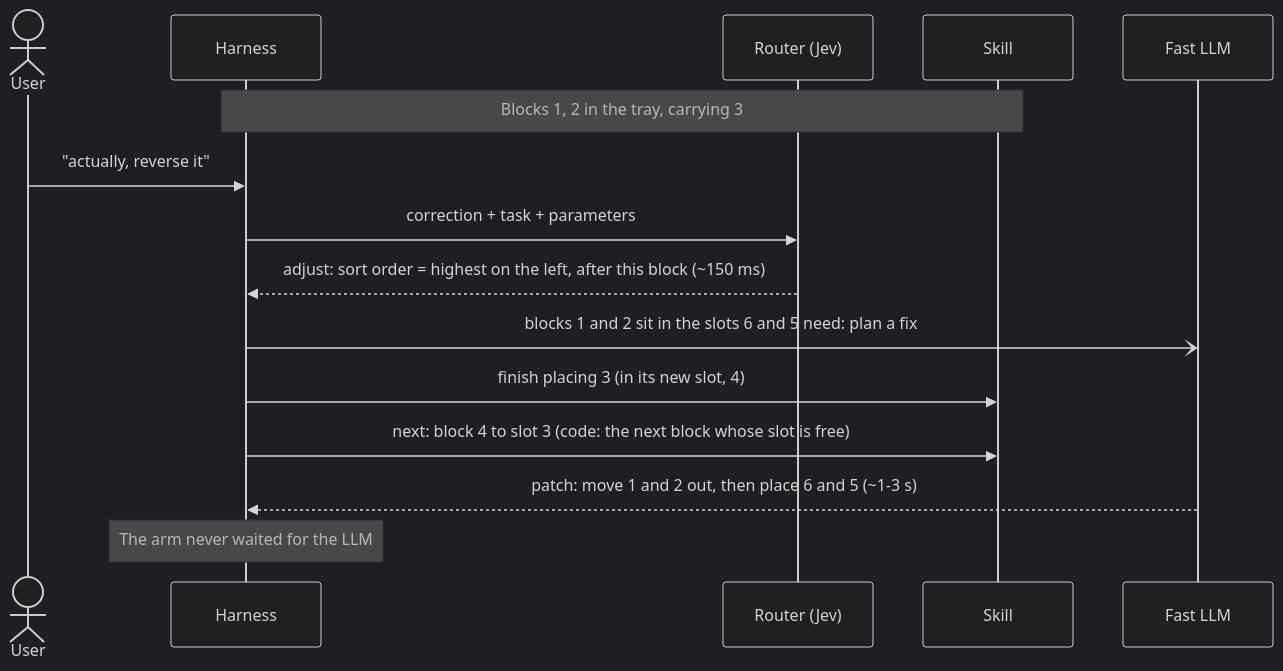
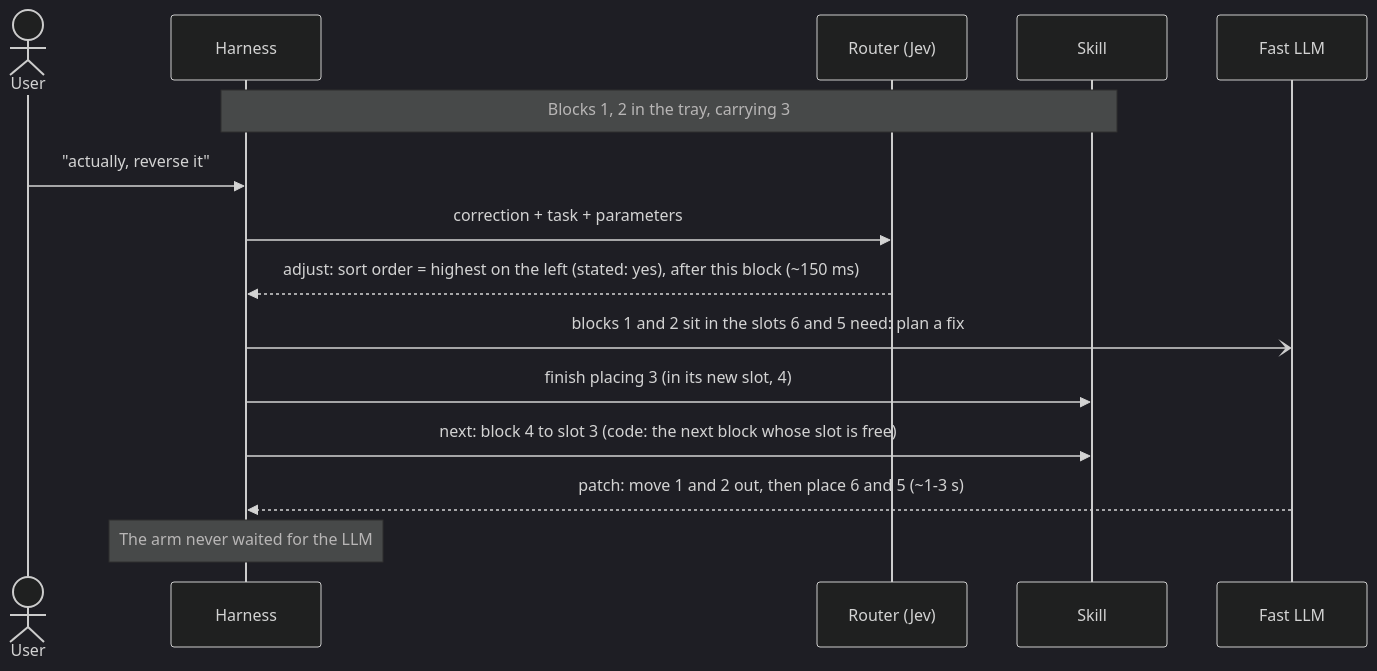
Before and after one commit to alee792/robojev: the fourth of 7 diagrams in docs/v2-diagrams.md, drawn with Mermaid (dark theme). The commit also changed other lines of this file and 1 other file, not shown here.

First line of the commit message:
v2: apply TypeSafe docs guidance (plan check before running, per-object progress questions, per-route thresholds and complexity score, parameters with a 'stated' question, a section on writing Jev questions); diagrams updated

````diff
--- a/docs/v2-diagrams.md
+++ b/docs/v2-diagrams.md
@@ -125,18 +130,18 @@
 ```mermaid
 sequenceDiagram
     actor U as User
     participant H as Harness
     participant Ro as Router (Jev)
     participant K as Skill
     participant P as Fast LLM
 
     Note over H,K: Blocks 1, 2 in the tray, carrying 3
     U->>H: "actually, reverse it"
     H->>Ro: correction + task + parameters
-    Ro-->>H: adjust: sort order = highest on the left, after this block (~150 ms)
+    Ro-->>H: adjust: sort order = highest on the left (stated: yes), after this block (~150 ms)
     H-)P: blocks 1 and 2 sit in the slots 6 and 5 need: plan a fix
     H->>K: finish placing 3 (in its new slot, 4)
     H->>K: next: block 4 to slot 3 (code: the next block whose slot is free)
     P-->>H: patch: move 1 and 2 out, then place 6 and 5 (~1-3 s)
     Note over H: The arm never waited for the LLM
 ```
````
